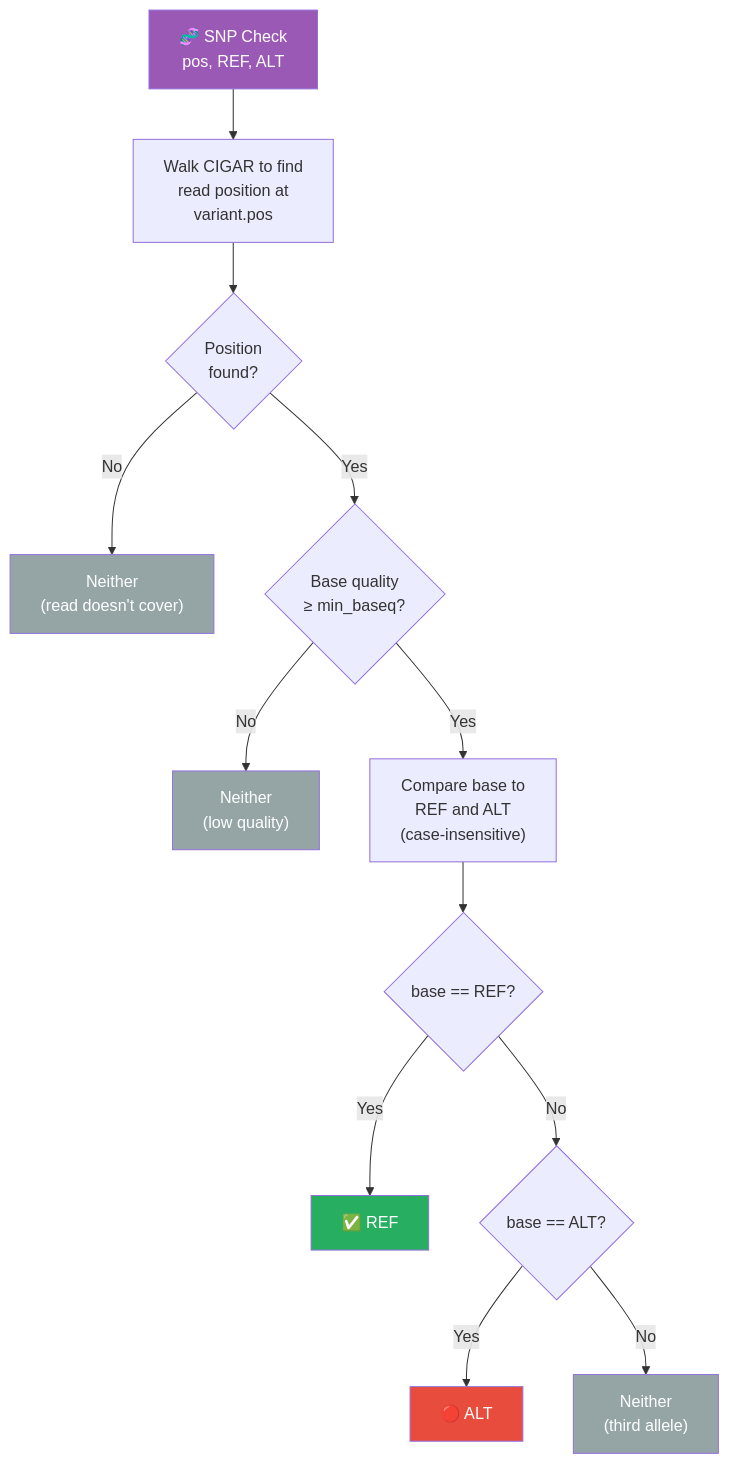
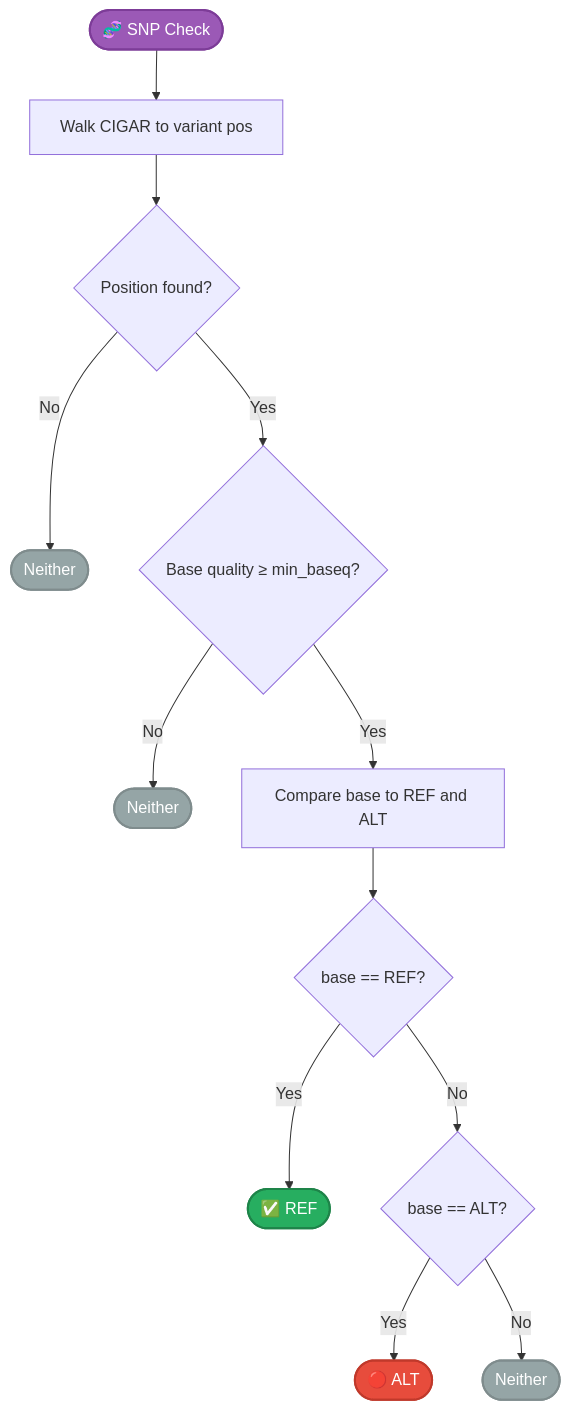
One commit to msk-access/py-gbcms changed the third of 10 diagrams in docs/reference/variant-counting.md. Above: the diagram before and after it, drawn with Mermaid. The commit also changed other lines of this file and 2 other files, not shown here.

````diff
--- a/docs/reference/variant-counting.md
+++ b/docs/reference/variant-counting.md
@@ -88,21 +112,19 @@
 ```mermaid
 flowchart TD
-    Start["🧬 SNP Check\npos, REF, ALT"] --> Walk["Walk CIGAR to find\nread position at\nvariant.pos"]
-    Walk --> Found{"Position\nfound?"}
-    Found -->|No| Neither["Neither\n(read doesn't cover)"]
-    Found -->|Yes| BQ{"Base quality\n≥ min_baseq?"}
-    BQ -->|No| Neither2["Neither\n(low quality)"]
-    BQ -->|Yes| Compare["Compare base to\nREF and ALT\n(case-insensitive)"]
-    Compare --> IsRef{"base == REF?"}
-    IsRef -->|Yes| Ref["✅ REF"]
-    IsRef -->|No| IsAlt{"base == ALT?"}
-    IsAlt -->|Yes| Alt["🔴 ALT"]
-    IsAlt -->|No| Neither3["Neither\n(third allele)"]
+    Start([🧬 SNP Check]):::start --> Walk[Walk CIGAR to variant pos]
+    Walk --> Found{Position found?}
+    Found -->|No| Neither1([Neither]):::neither
+    Found -->|Yes| BQ{Base quality ≥ min_baseq?}
+    BQ -->|No| Neither2([Neither]):::neither
+    BQ -->|Yes| Compare[Compare base to REF and ALT]
+    Compare --> IsRef{base == REF?}
+    IsRef -->|Yes| Ref([✅ REF]):::ref
+    IsRef -->|No| IsAlt{base == ALT?}
+    IsAlt -->|Yes| Alt([🔴 ALT]):::alt
+    IsAlt -->|No| Neither3([Neither]):::neither
 
-    style Start fill:#9b59b6,color:#fff
-    style Ref fill:#27ae60,color:#fff
-    style Alt fill:#e74c3c,color:#fff
-    style Neither fill:#95a5a6,color:#fff
-    style Neither2 fill:#95a5a6,color:#fff
-    style Neither3 fill:#95a5a6,color:#fff
+    classDef start fill:#9b59b6,color:#fff,stroke:#7d3c98,stroke-width:2px;
+    classDef ref fill:#27ae60,color:#fff,stroke:#1e8449,stroke-width:2px;
+    classDef alt fill:#e74c3c,color:#fff,stroke:#c0392b,stroke-width:2px;
+    classDef neither fill:#95a5a6,color:#fff,stroke:#7f8c8d,stroke-width:2px;
 ```
````
